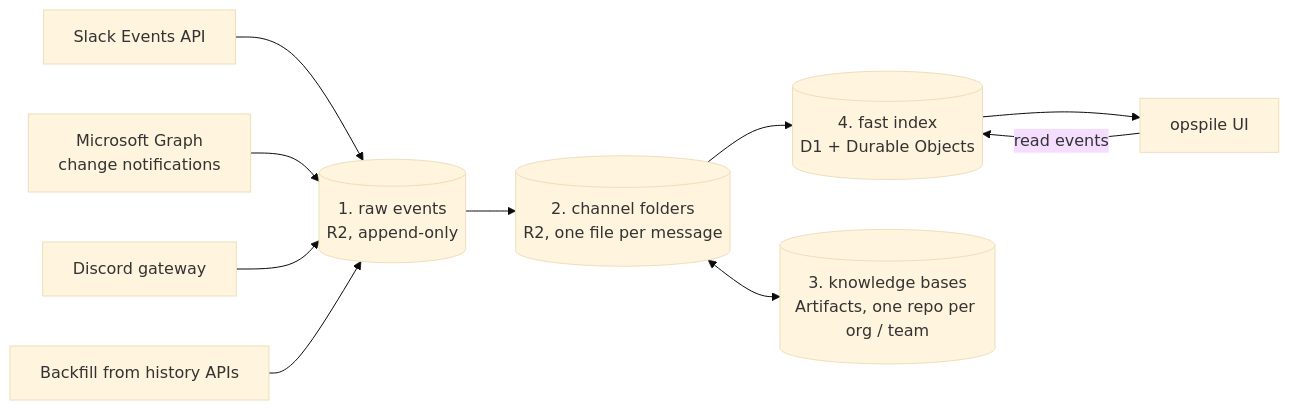
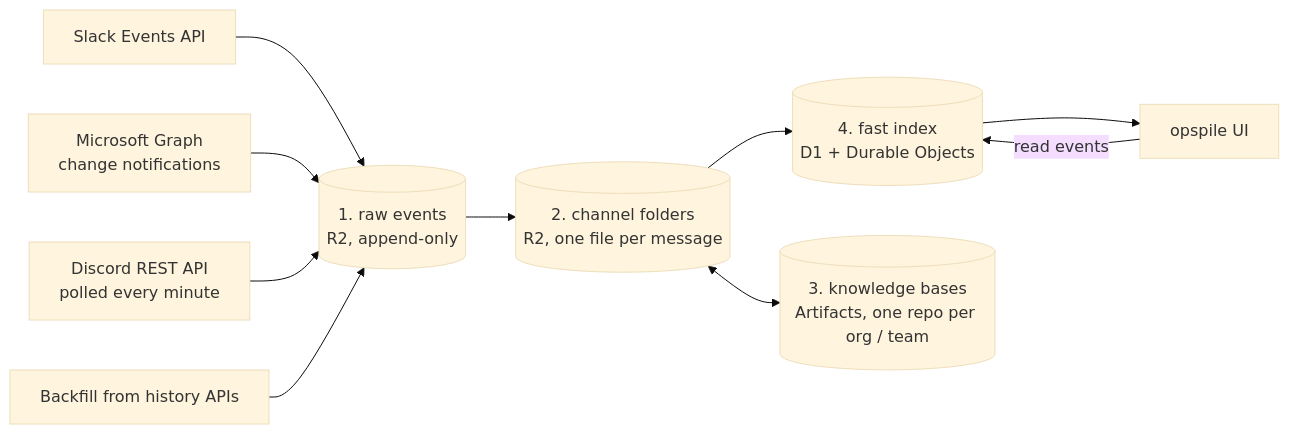
Before and after one commit to adobe/helix-opspile: the diagram in docs/ARCHITECTURE.md, drawn with Mermaid (base theme). The commit also changed other lines of this file and 10 other files, not shown here.

First line of the commit message:
feat(discord): poll instead of holding a gateway connection

````diff
--- a/docs/ARCHITECTURE.md
+++ b/docs/ARCHITECTURE.md
@@ -18,12 +18,12 @@
 ```mermaid
 flowchart LR
   S[Slack Events API] --> R
   T[Microsoft Graph<br/>change notifications] --> R
-  D[Discord gateway] --> R
+  D[Discord REST API<br/>polled every minute] --> R
   B[Backfill from history APIs] --> R
   R[(1. raw events<br/>R2, append-only)] --> C
   C[(2. channel folders<br/>R2, one file per message)] --> I
   C <--> K[(3. knowledge bases<br/>Artifacts, one repo per org / team)]
   I[(4. fast index<br/>D1 + Durable Objects)] --> UI[opspile UI]
   UI -- read events --> I
 ```
````
